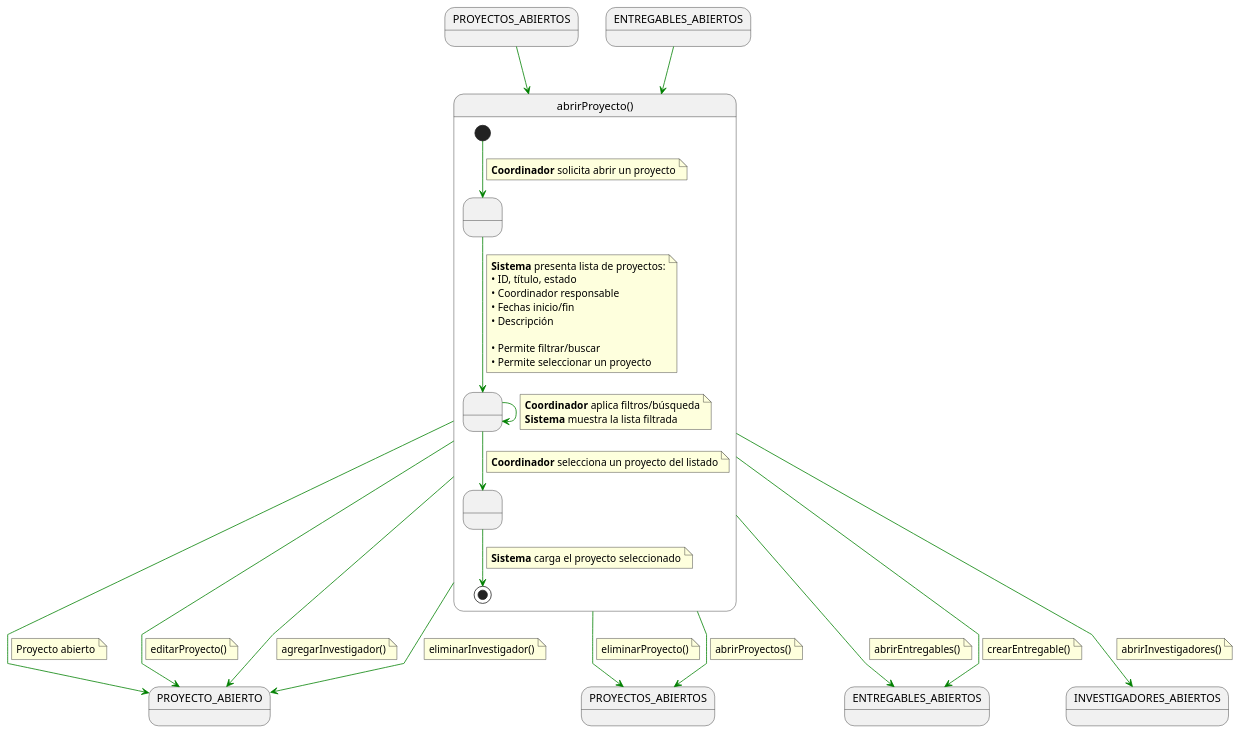
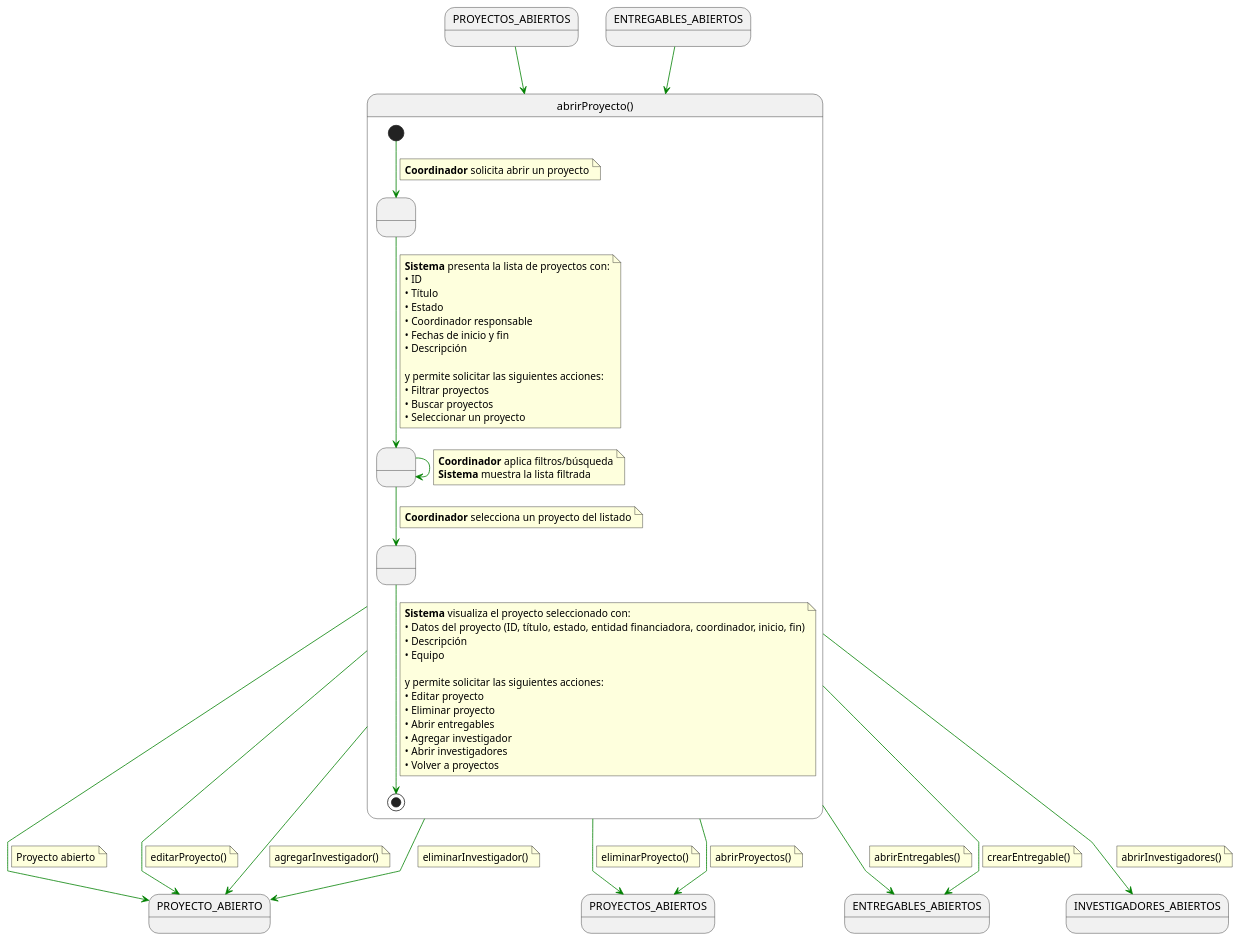
The diagram in documents/casosDeUso/detalle/coordinador/02-gestion-proyectos/abrirProyecto/abrirProyecto.puml (31Diego/25-26-IdSw1-SdR), drawn with PlantUML before and after one commit. The commit also changed 9 other files, not shown here.

```diff
--- a/documents/casosDeUso/detalle/coordinador/02-gestion-proyectos/abrirProyecto/abrirProyecto.puml
+++ b/documents/casosDeUso/detalle/coordinador/02-gestion-proyectos/abrirProyecto/abrirProyecto.puml
@@ -1,95 +1,110 @@
 @startuml abrirProyecto
 skinparam linetype polyline
 
 state in1 as "PROYECTOS_ABIERTOS"
 in1 -[#green]-> abrirProyecto
 
 state in2 as "ENTREGABLES_ABIERTOS"
 in2 -[#green]-> abrirProyecto
 
 state abrirProyecto as "abrirProyecto()" {
 
     state " " as MostrandoListaProyectos
     state " " as FiltrandoBuscando
     state " " as SeleccionandoProyecto
 
     [*] -[#green]-> MostrandoListaProyectos
     note on link
     <b>Coordinador</b> solicita abrir un proyecto
     end note
 
     MostrandoListaProyectos -[#green]-> FiltrandoBuscando
     note on link
-    <b>Sistema</b> presenta lista de proyectos:
-    • ID, título, estado
+    <b>Sistema</b> presenta la lista de proyectos con:
+    • ID
+    • Título
+    • Estado
     • Coordinador responsable
-    • Fechas inicio/fin
+    • Fechas de inicio y fin
     • Descripción
-    
-    • Permite filtrar/buscar
-    • Permite seleccionar un proyecto
+
+    y permite solicitar las siguientes acciones:
+    • Filtrar proyectos
+    • Buscar proyectos
+    • Seleccionar un proyecto
     end note
 
     FiltrandoBuscando -[#green]-> FiltrandoBuscando
     note on link
     <b>Coordinador</b> aplica filtros/búsqueda
     <b>Sistema</b> muestra la lista filtrada
     end note
 
     FiltrandoBuscando -[#green]-> SeleccionandoProyecto
     note on link
     <b>Coordinador</b> selecciona un proyecto del listado
     end note
 
     SeleccionandoProyecto -[#green]-> [*]
     note on link
-    <b>Sistema</b> carga el proyecto seleccionado
+    <b>Sistema</b> visualiza el proyecto seleccionado con:
+    • Datos del proyecto (ID, título, estado, entidad financiadora, coordinador, inicio, fin)
+    • Descripción
+    • Equipo
+
+    y permite solicitar las siguientes acciones:
+    • Editar proyecto
+    • Eliminar proyecto
+    • Abrir entregables
+    • Agregar investigador
+    • Abrir investigadores
+    • Volver a proyectos
     end note
 }
 
 abrirProyecto -[#green]-> PROYECTO_ABIERTO
 note on link
 Proyecto abierto
 end note
 
 abrirProyecto -[#green]-> PROYECTO_ABIERTO
 note on link
 editarProyecto()
 end note
 
 abrirProyecto -[#green]-> PROYECTOS_ABIERTOS
 note on link
 eliminarProyecto()
 end note
 
 abrirProyecto -[#green]-> PROYECTO_ABIERTO
 note on link
 agregarInvestigador()
 end note
 
 abrirProyecto -[#green]-> PROYECTO_ABIERTO
 note on link
 eliminarInvestigador()
 end note
 
 abrirProyecto -[#green]-> ENTREGABLES_ABIERTOS
 note on link
 abrirEntregables()
 end note
 
 abrirProyecto -[#green]-> ENTREGABLES_ABIERTOS
 note on link
 crearEntregable()
 end note
 
 abrirProyecto -[#green]-> INVESTIGADORES_ABIERTOS
 note on link
 abrirInvestigadores()
 end note
 
 abrirProyecto -[#green]-> PROYECTOS_ABIERTOS
 note on link
 abrirProyectos()
 end note
 
 @enduml
```
